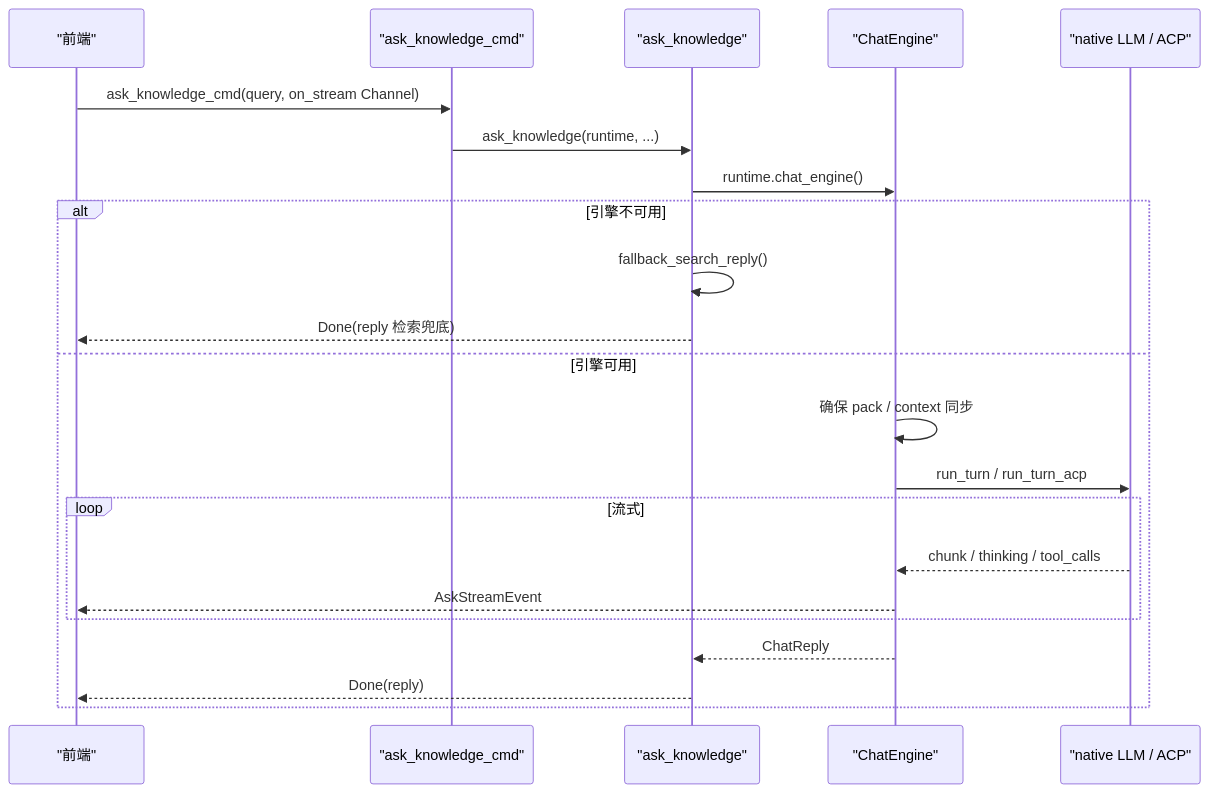
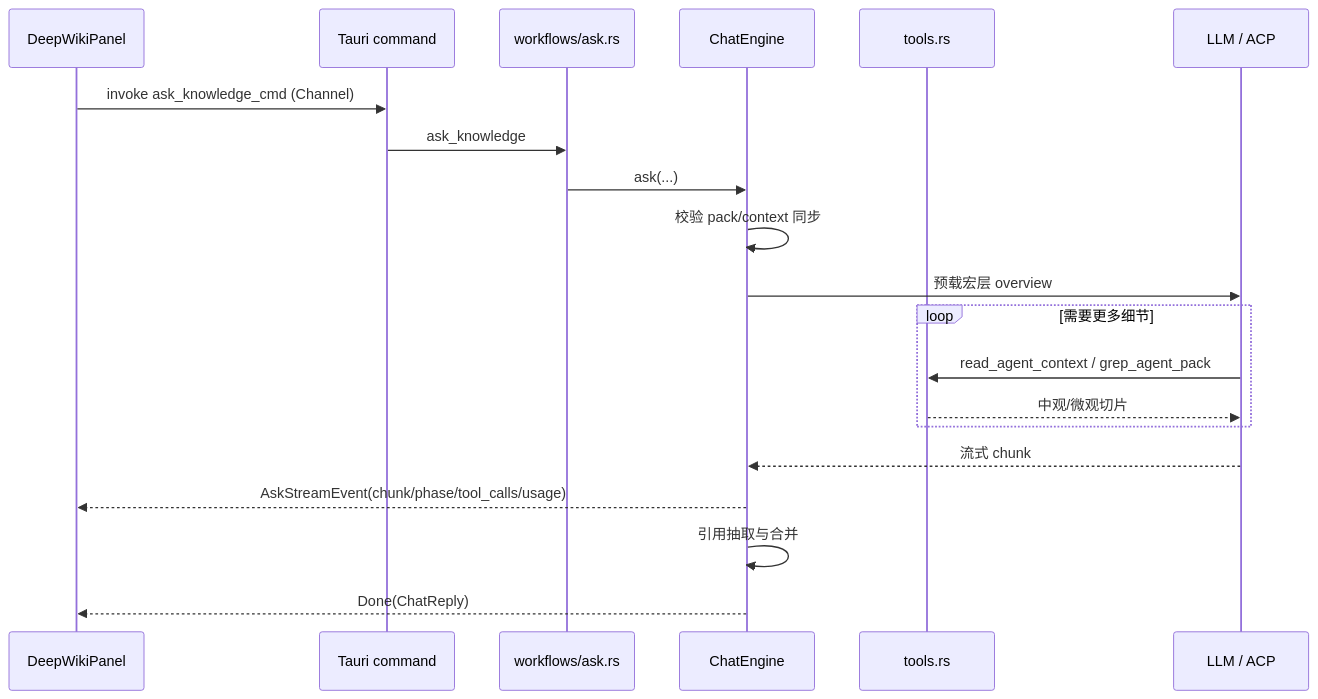
The sixth of 6 diagrams in .terrain/human/2.架构.md (sopaco/terrain), drawn with Mermaid before and after one commit. The commit also changed other lines of this file and 39 other files, not shown here.

````diff
--- a/.terrain/human/2.架构.md
+++ b/.terrain/human/2.架构.md
@@ -231,25 +221,23 @@
 ```mermaid
 sequenceDiagram
-    participant UI as "前端"
-    participant CMD as "ask_knowledge_cmd"
-    participant ASK as "ask_knowledge"
-    participant ENG as "ChatEngine"
-    participant LLM as "native LLM / ACP"
+    participant UI as DeepWikiPanel
+    participant CMD as Tauri command
+    participant WF as workflows/ask.rs
+    participant CE as ChatEngine
+    participant T as tools.rs
+    participant LLM as LLM / ACP
 
-    UI->>CMD: ask_knowledge_cmd(query, on_stream Channel)
-    CMD->>ASK: ask_knowledge(runtime, ...)
-    ASK->>ENG: runtime.chat_engine()
-    alt 引擎不可用
-        ASK->>ASK: fallback_search_reply()
-        ASK-->>UI: Done(reply 检索兜底)
-    else 引擎可用
-        ENG->>ENG: 确保 pack / context 同步
-        ENG->>LLM: run_turn / run_turn_acp
-        loop 流式
-            LLM-->>ENG: chunk / thinking / tool_calls
-            ENG-->>UI: AskStreamEvent
-        end
-        ENG-->>ASK: ChatReply
-        ASK-->>UI: Done(reply)
+    UI->>CMD: invoke ask_knowledge_cmd (Channel)
+    CMD->>WF: ask_knowledge
+    WF->>CE: ask(...)
+    CE->>CE: 校验 pack/context 同步
+    CE->>LLM: 预载宏层 overview
+    loop 需要更多细节
+        LLM->>T: read_agent_context / grep_agent_pack
+        T-->>LLM: 中观/微观切片
     end
+    LLM-->>CE: 流式 chunk
+    CE-->>UI: AskStreamEvent(chunk/phase/tool_calls/usage)
+    CE->>CE: 引用抽取与合并
+    CE-->>UI: Done(ChatReply)
 ```
````
